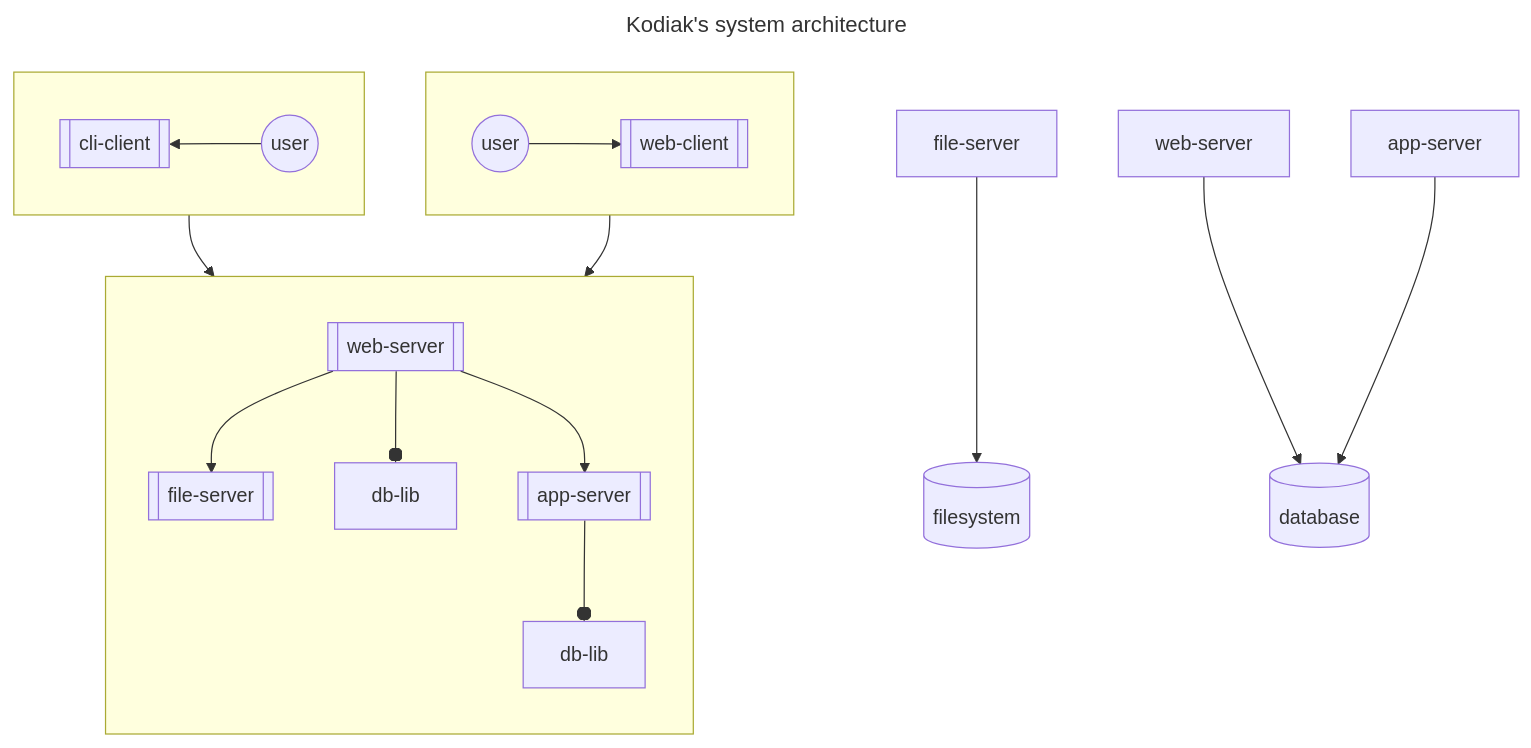
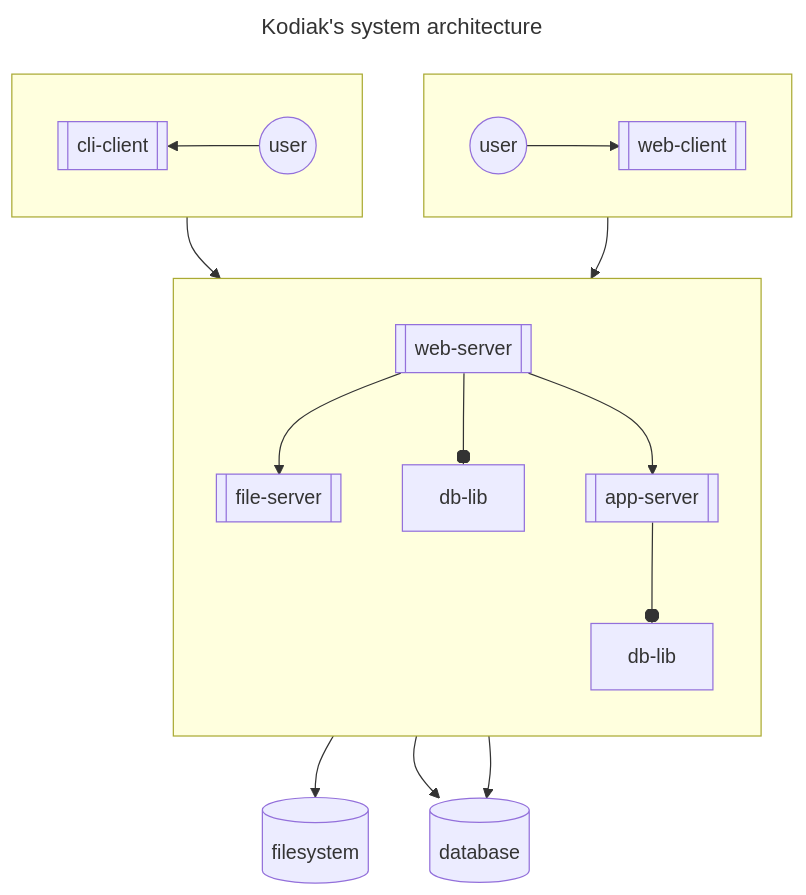
Before and after one commit to polarlabs/kodiak-diagrams: the first of 2 diagrams in SYSTEM-ARCHITECTURE.md, drawn with Mermaid.

Commit message:
fix: rearrange boxes.

````diff
--- a/SYSTEM-ARCHITECTURE.md
+++ b/SYSTEM-ARCHITECTURE.md
@@ -5,28 +5,28 @@
 ```mermaid
 ---
 title: Kodiak's system architecture
 ---
 flowchart TB
   direction TB
   subgraph user-web[ ]
     direction LR
     web-user((user)) --> web-client[[web-client]]
   end
   subgraph user-cli[ ]
     direction RL
     cli-user((user)) --> cli-client[[cli-client]]
   end
   subgraph server[ ]
     direction TB
     file-server.api[[file-server]]
     web-server.api[[web-server]] --o web-server.db-lib[db-lib]
     app-server.api[[app-server]] --o app-server.db-lib[db-lib]
   end
   web-client --> web-server.api
   cli-client --> web-server.api
   web-server.api --> file-server.api
   web-server.api --> app-server.api
-  file-server --> filesystem[(filesystem)]
-  web-server --> database[(database)]
-  app-server --> database[(database)]
+  file-server.api --> filesystem[(filesystem)]
+  web-server.api --> database[(database)]
+  app-server.api --> database[(database)]
 ```
````
